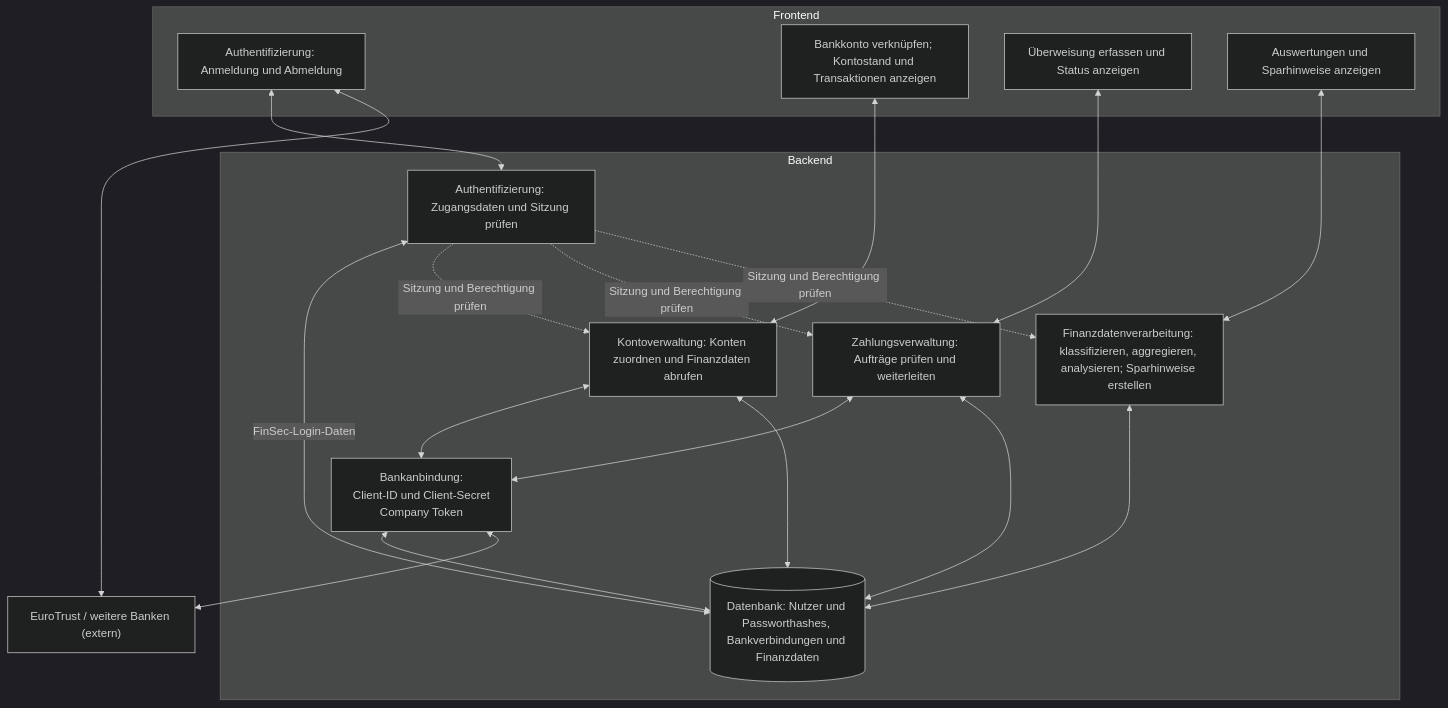
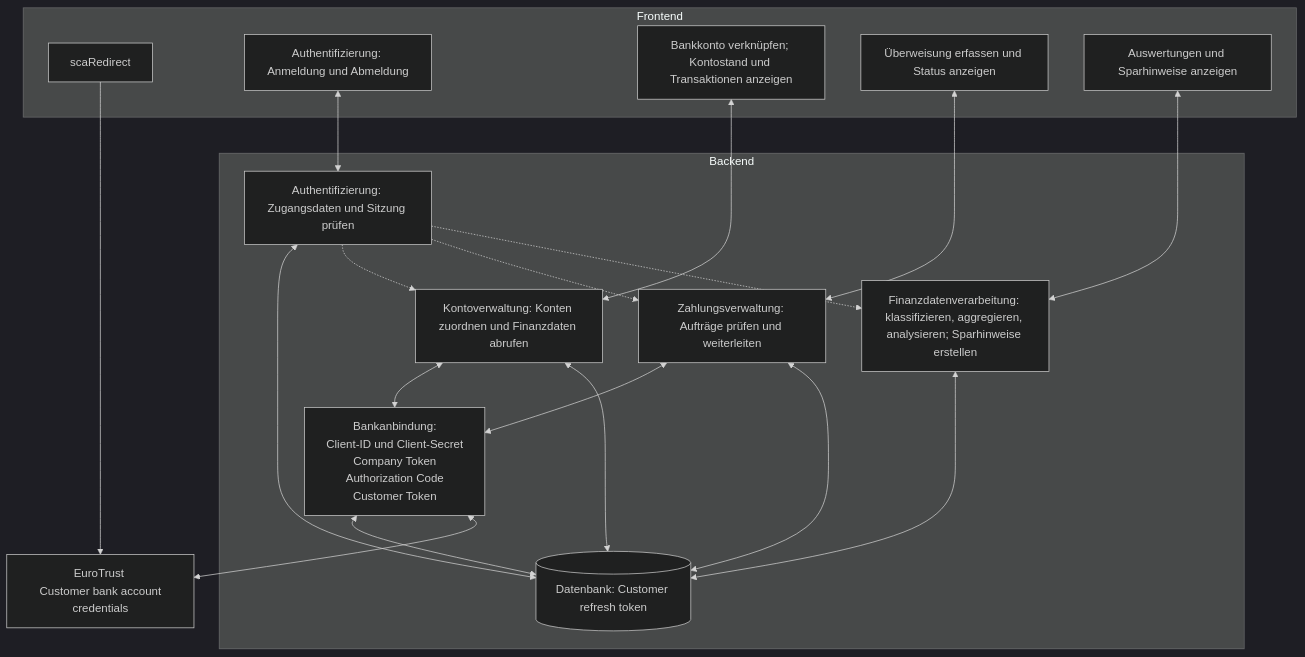
The diagram in docs/security_view.md (niklas9234/sichso_work), drawn with Mermaid (dark theme) before and after one commit. The commit also changed other lines of this file, not shown here.

````diff
--- a/docs/security_view.md
+++ b/docs/security_view.md
@@ -3,37 +3,38 @@
 ```mermaid
 flowchart TB
     subgraph FE["Frontend"]
+        FscaRedirect["scaRedirect"]
         FAuth["Authentifizierung: Anmeldung und Abmeldung"]
         FAccount["Bankkonto verknüpfen; Kontostand und Transaktionen anzeigen"]
         FPayment["Überweisung erfassen und Status anzeigen"]
         FAnalysis["Auswertungen und Sparhinweise anzeigen"]
     end
 
     subgraph BE["Backend"]
         BAuth["Authentifizierung: Zugangsdaten und Sitzung prüfen"]
         BAccount["Kontoverwaltung: Konten zuordnen und Finanzdaten abrufen"]
         BPayment["Zahlungsverwaltung: Aufträge prüfen und weiterleiten"]
         BAnalysis["Finanzdatenverarbeitung: klassifizieren, aggregieren, analysieren; Sparhinweise erstellen"]
-        BBank["Bankanbindung: \n Client-ID und Client-Secret \n Company Token"]
-        DB[("Datenbank: Nutzer und Passworthashes, Bankverbindungen und Finanzdaten")]
+        BBank["Bankanbindung: \n Client-ID und Client-Secret \n Company Token \n Authorization Code \n Customer Token"]
+        DB[("Datenbank: Customer refresh token")]
     end
 
-    Bank["EuroTrust / weitere Banken (extern)"]
+    Bank["EuroTrust \n Customer bank account credentials"]
 
     FAuth <--> BAuth
     FAccount <--> BAccount
     FPayment <--> BPayment
     FAnalysis <--> BAnalysis
-    BAuth <-->|"FinSec-Login-Daten"| DB
-    BAuth -.->|"Sitzung und Berechtigung prüfen"| BAccount
-    BAuth -.->|"Sitzung und Berechtigung prüfen"| BPayment
-    BAuth -.->|"Sitzung und Berechtigung prüfen"| BAnalysis
+    BAuth <--> DB
+    BAuth -.-> BAccount
+    BAuth -.-> BPayment
+    BAuth -.-> BAnalysis
     BAccount <--> BBank
     BPayment <--> BBank
     BAccount <--> DB
     BPayment <--> DB
     BAnalysis <--> DB
     BBank <--> DB
     BBank <--> Bank
-    FAuth <--> Bank
+    FscaRedirect --> Bank
 ```
````
